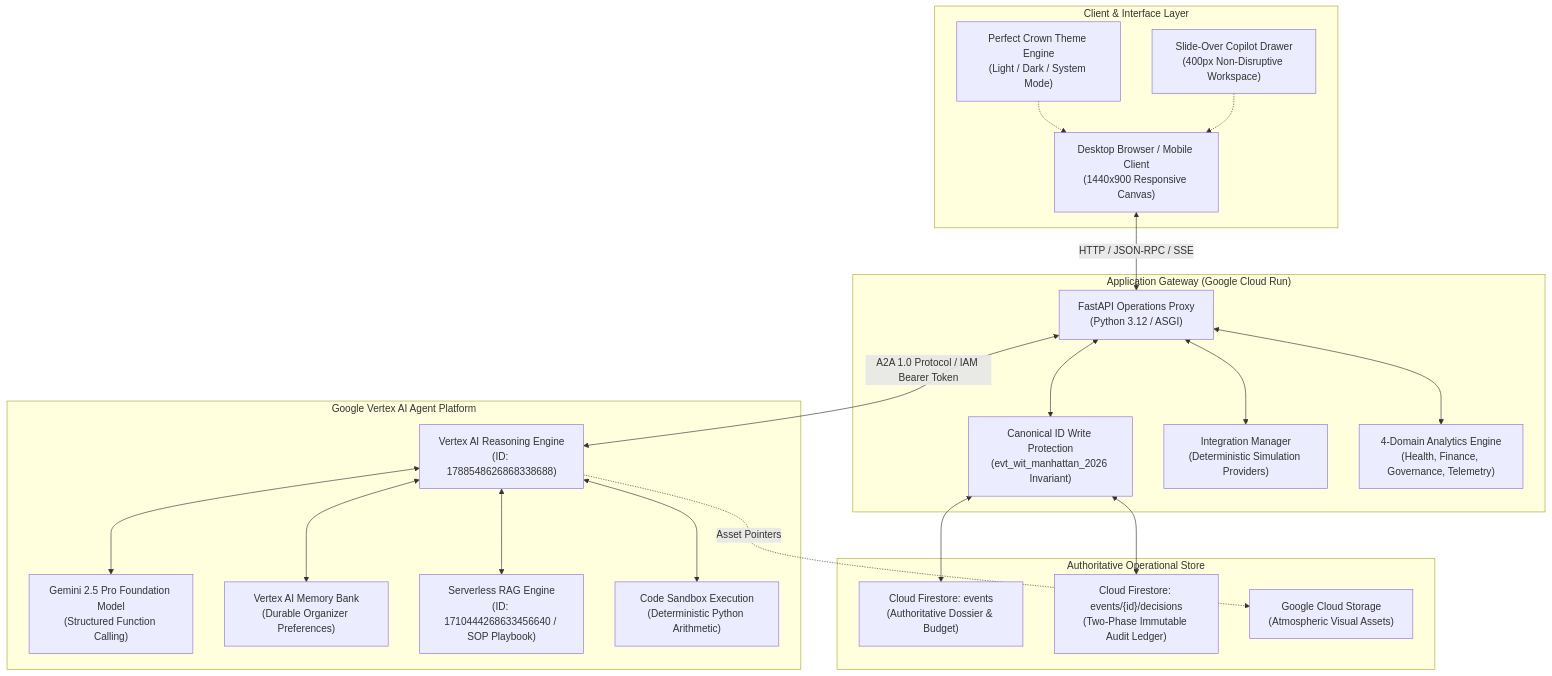
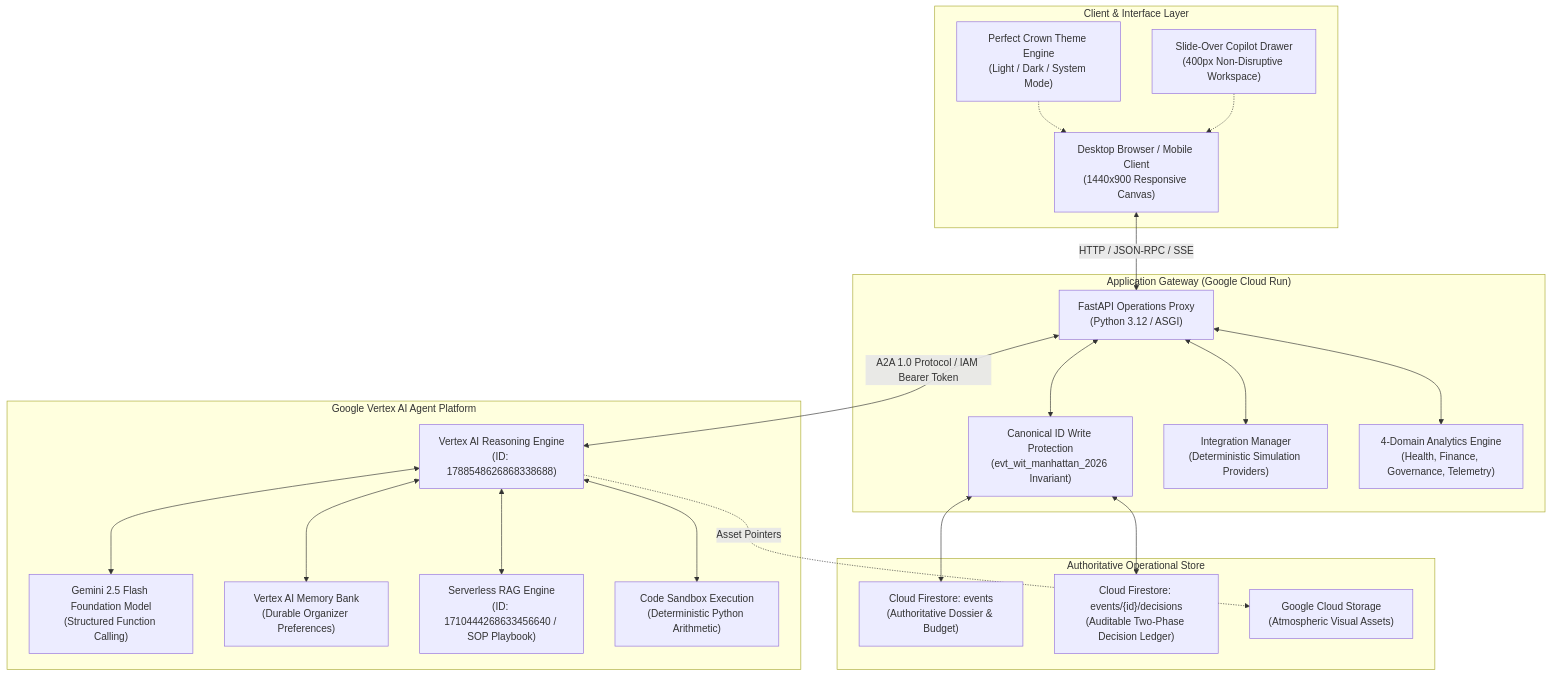
One commit to fzinnah17/buildwithgemini-eventops-ai changed the first of 2 diagrams in README.md. Above: the diagram before and after it, drawn with Mermaid. The commit also changed other lines of this file and 3 other files, not shown here.

````diff
--- a/README.md
+++ b/README.md
@@ -108,46 +107,46 @@
 ```mermaid
 flowchart TD
     subgraph ClientLayer ["Client & Interface Layer"]
         Browser["Desktop Browser / Mobile Client\n(1440x900 Responsive Canvas)"]
         ThemeEngine["Perfect Crown Theme Engine\n(Light / Dark / System Mode)"]
         Drawer["Slide-Over Copilot Drawer\n(400px Non-Disruptive Workspace)"]
     end
 
     subgraph GatewayLayer ["Application Gateway (Google Cloud Run)"]
         FastAPI["FastAPI Operations Proxy\n(Python 3.12 / ASGI)"]
         SecurityGate["Canonical ID Write Protection\n(evt_wit_manhattan_2026 Invariant)"]
         IntegrationMgr["Integration Manager\n(Deterministic Simulation Providers)"]
         AnalyticsEngine["4-Domain Analytics Engine\n(Health, Finance, Governance, Telemetry)"]
     end
 
     subgraph AgentPlatform ["Google Vertex AI Agent Platform"]
         ReasoningEngine["Vertex AI Reasoning Engine\n(ID: 1788548626868338688)"]
-        GeminiModel["Gemini 2.5 Pro Foundation Model\n(Structured Function Calling)"]
+        GeminiModel["Gemini 2.5 Flash Foundation Model\n(Structured Function Calling)"]
         MemoryBank["Vertex AI Memory Bank\n(Durable Organizer Preferences)"]
         RAGCorpus["Serverless RAG Engine\n(ID: 1710444268633456640 / SOP Playbook)"]
         Sandbox["Code Sandbox Execution\n(Deterministic Python Arithmetic)"]
     end
 
     subgraph OperationalStorage ["Authoritative Operational Store"]
         FirestoreEvents["Cloud Firestore: events\n(Authoritative Dossier & Budget)"]
-        FirestoreDecisions["Cloud Firestore: events/{id}/decisions\n(Two-Phase Immutable Audit Ledger)"]
+        FirestoreDecisions["Cloud Firestore: events/{id}/decisions\n(Auditable Two-Phase Decision Ledger)"]
         GCSMedia["Google Cloud Storage\n(Atmospheric Visual Assets)"]
     end
 
     Browser <--> |HTTP / JSON-RPC / SSE| FastAPI
     ThemeEngine -.-> Browser
     Drawer -.-> Browser
 
     FastAPI <--> SecurityGate
     SecurityGate <--> FirestoreEvents
     SecurityGate <--> FirestoreDecisions
     FastAPI <--> IntegrationMgr
     FastAPI <--> AnalyticsEngine
 
     FastAPI <--> |A2A 1.0 Protocol / IAM Bearer Token| ReasoningEngine
     ReasoningEngine <--> GeminiModel
     ReasoningEngine <--> MemoryBank
     ReasoningEngine <--> RAGCorpus
     ReasoningEngine <--> Sandbox
     ReasoningEngine -.-> |Asset Pointers| GCSMedia
 ```
````
